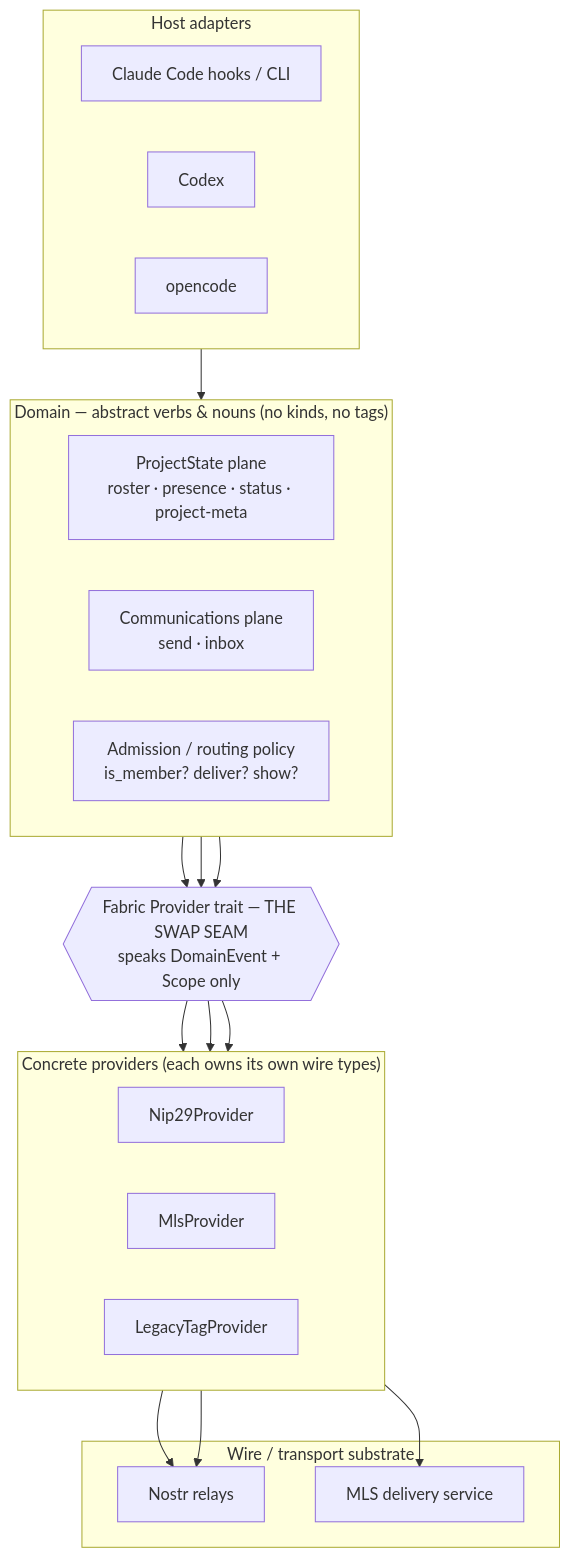
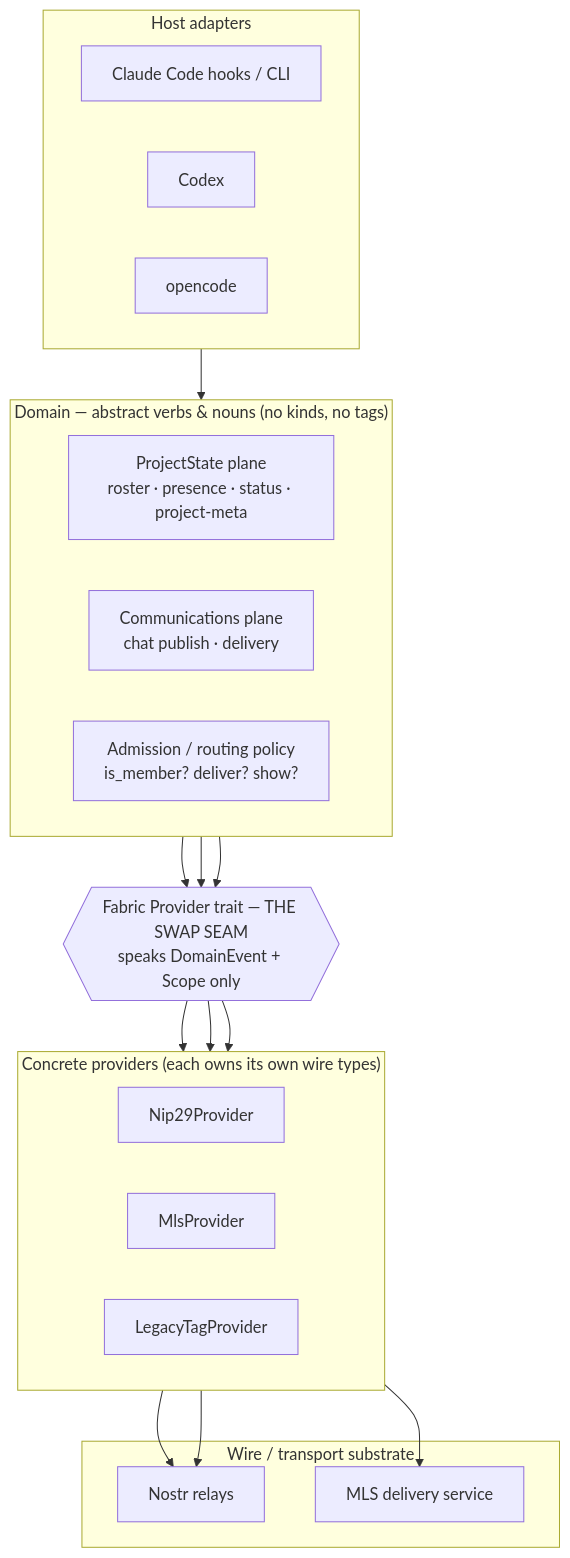
The first of 6 diagrams in docs/fabric-architecture.md (pablof7z/mosaico), drawn with Mermaid before and after one commit. The commit also changed other lines of this file and 35 other files, not shown here.

````diff
--- a/docs/fabric-architecture.md
+++ b/docs/fabric-architecture.md
@@ -71,38 +71,38 @@
 ```mermaid
 flowchart TD
     subgraph HOST["Host adapters"]
         H1["Claude Code hooks / CLI"]
         H2["Codex"]
         H3["opencode"]
     end
 
     subgraph DOMAIN["Domain — abstract verbs & nouns (no kinds, no tags)"]
         direction LR
         PS["ProjectState plane<br/>roster · presence · status · project-meta"]
-        CM["Communications plane<br/>send · inbox"]
+        CM["Communications plane<br/>chat publish · delivery"]
         ADMIT["Admission / routing policy<br/>is_member? deliver? show?"]
     end
 
     SEAM{{"Fabric Provider trait — THE SWAP SEAM<br/>speaks DomainEvent + Scope only"}}
 
     subgraph PROV["Concrete providers (each owns its own wire types)"]
         direction LR
         P1["Nip29Provider"]
         P2["MlsProvider"]
         P3["LegacyTagProvider"]
     end
 
     subgraph WIRE["Wire / transport substrate"]
         R1["Nostr relays"]
         R2["MLS delivery service"]
     end
 
     HOST --> DOMAIN
     PS --> SEAM
     CM --> SEAM
     ADMIT --> SEAM
     SEAM --> P1 & P2 & P3
     P1 --> R1
     P3 --> R1
     P2 --> R2
 ```
````
